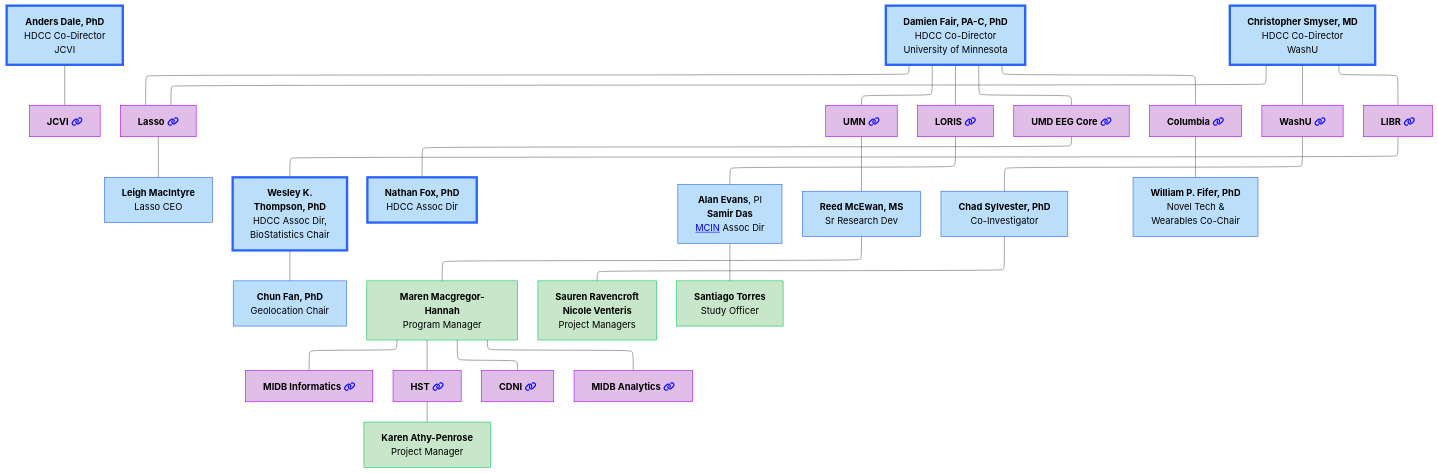
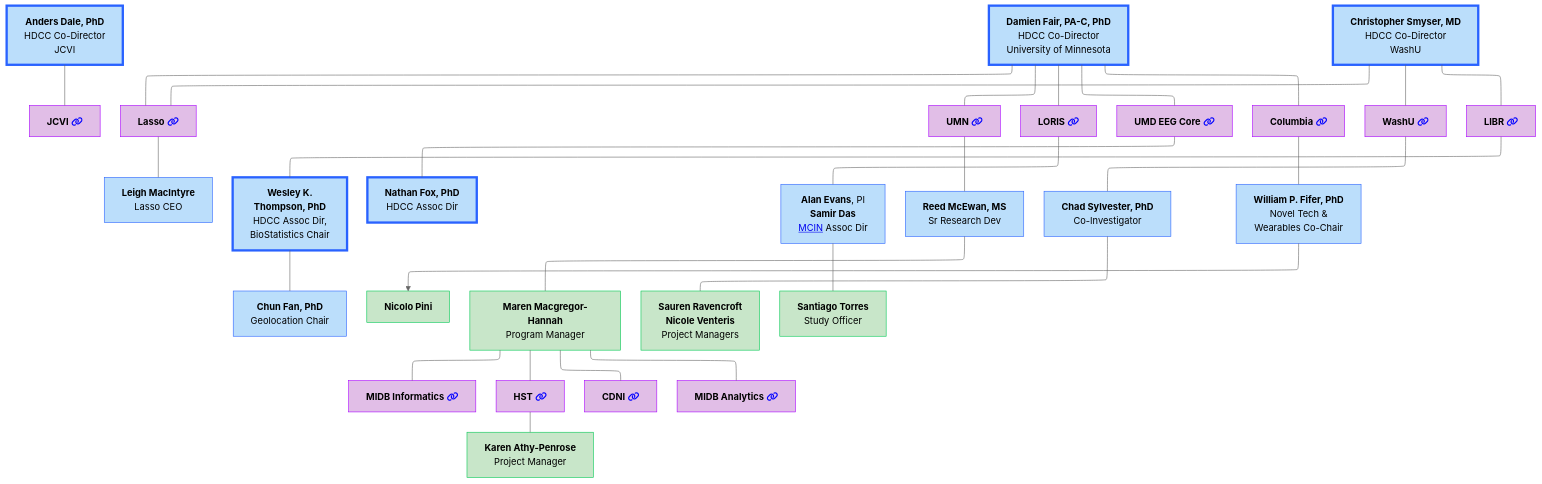
One commit to DCAN-Labs/hbcd-docs-internal changed the first of 12 diagrams in docs/orgcharts.md. Above: the diagram before and after it, drawn with Mermaid (neutral theme). The commit also changed other lines of this file, not shown here.

Commit message:
edit overview chart

````diff
--- a/docs/orgcharts.md
+++ b/docs/orgcharts.md
@@ -20,65 +17,67 @@
 ```mermaid
 ---
 config:
   layout: elk
 ---
 flowchart TB
     n2["<b>Anders Dale, PhD<br></b>HDCC Co-Director<br>JCVI"] --- jcvi["<b>JCVI</b> <i class="fa-solid fa-link" style="color: blue;"></i>"]
     E["<b>Damien Fair, PA-C, PhD</b><br>HDCC Co-Director<br>University of Minnesota"] --- lasso["<b>Lasso</b> <i class="fa-solid fa-link" style="color: blue;"></i>"] & umn["<b>UMN</b> <i class="fa-solid fa-link" style="color: blue;"></i>"] & n7["<b>LORIS</b> <i class="fa-solid fa-link" style="color: blue;"></i>"] & n8["<b>UMD EEG Core</b> <i class="fa-solid fa-link" style="color: blue;"></i>"] & n11["<b>Columbia</b> <i class="fa-solid fa-link" style="color: blue;"></i>"]
     lasso --- lasso1["<b>Leigh MacIntyre</b><br>Lasso CEO"]
     n1["<b>Christopher Smyser, MD<br></b>HDCC Co-Director<br>WashU"] --- n10["<b>WashU</b> <i class="fa-solid fa-link" style="color: blue;"></i>"] & n12["<b>LIBR</b> <i class="fa-solid fa-link" style="color: blue;"></i>"] & lasso
     n16["<b>Wesley K.<br>Thompson, PhD</b><br>HDCC Assoc Dir,<br>BioStatistics Chair"] --- n17["<b>Chun Fan, PhD</b><br>Geolocation Chair"]
     n12 --- n16
     n8 --- n19["<b>Nathan Fox, PhD<br></b>HDCC Assoc Dir"]
     n7 --- n20["<b>Alan Evans</b>, PI<br><b>Samir Das</b><br><a href="https://mcin.ca/about-mcin/" target="_blank">MCIN</a> Assoc Dir"]
     umn --- reed["<b>Reed McEwan, MS</b><br>Sr Research Dev"]
     n10 --- n22["<b>Chad Sylvester, PhD</b><br>Co-Investigator"]
     n11 --- n18["<b>William P. Fifer, PhD</b><br>Novel Tech &<br>Wearables Co-Chair"]
+    n18 --> n34["<b>Nicolo Pini</b>"]
     reed --- n30["<b>Maren Macgregor-Hannah</b><br>Program Manager"]
     n30 --- n25["<b>MIDB Informatics</b> <i class="fa-solid fa-link" style="color: blue;"></i>"]
     n30 --- n27["<b>HST</b> <i class="fa-solid fa-link" style="color: blue;"></i>"]
     n30 --- n28["<b>CDNI</b> <i class="fa-solid fa-link" style="color: blue;"></i>"]
     n30 --- n29["<b>MIDB Analytics</b> <i class="fa-solid fa-link" style="color: blue;"></i>"]
     n27 --- n31["<b>Karen Athy-Penrose</b><br>Project Manager"]
     n22 --- n32["<b>Sauren Ravencroft<br>Nicole Venteris</b><br>Project Managers"]
     n20 --- n33["<b>Santiago Torres</b><br>Study Officer"]
     style n2 fill:#BBDEFB,stroke:#2962FF,stroke-width:4px
     style jcvi fill:#E1BEE7,stroke:#AA00FF
     style E fill:#BBDEFB,stroke:#2962FF,stroke-width:4px
     style lasso fill:#E1BEE7,stroke:#AA00FF
     style umn fill:#E1BEE7,stroke:#AA00FF
     style n7 fill:#E1BEE7,stroke:#AA00FF
     style n8 fill:#E1BEE7,stroke:#AA00FF
     style n11 fill:#E1BEE7,stroke:#AA00FF
     style lasso1 fill:#BBDEFB,stroke:#2962FF
     style n1 fill:#BBDEFB,stroke:#2962FF,stroke-width:4px
     style n10 fill:#E1BEE7,stroke:#AA00FF
     style n12 fill:#E1BEE7,stroke:#AA00FF
     style n16 fill:#BBDEFB,stroke:#2962FF,stroke-width:4px
     style n17 fill:#BBDEFB,stroke:#2962FF
     style n19 fill:#BBDEFB,stroke:#2962FF,stroke-width:4px
     style n20 fill:#BBDEFB,stroke:#2962FF
     style reed fill:#BBDEFB,stroke:#2962FF
     style n22 fill:#BBDEFB,stroke:#2962FF
     style n18 fill:#BBDEFB,stroke:#2962FF
     style n25 fill:#E1BEE7,stroke:#AA00FF
     style n27 fill:#E1BEE7,stroke:#AA00FF
     style n28 fill:#E1BEE7,stroke:#AA00FF
     style n29 fill:#E1BEE7,stroke:#AA00FF
     style n30 fill:#C8E6C9,stroke:#00C853
     style n31 fill:#C8E6C9,stroke:#00C853
     style n32 fill:#C8E6C9,stroke:#00C853
     style n33 fill:#C8E6C9,stroke:#00C853
+    style n34 fill:#C8E6C9,stroke:#00C853
     click jcvi "#j-craig-venter-institute"
     click lasso "#lasso"
     click umn "#university-of-minnesota"
     click n7 "#loris"
     click n8 "#university-of-maryland"
     click n10 "#washu"
     click n25 "#midb-informatics-hub-msi"
     click n29 "#midb-analytics-hub"
     click n27 "#health-sciences-technology"
     click n28 "#center-for-developmental-neuroimaging"
     click n12 "#libr"
     click n11 "#columbia-university"
 ```
````
